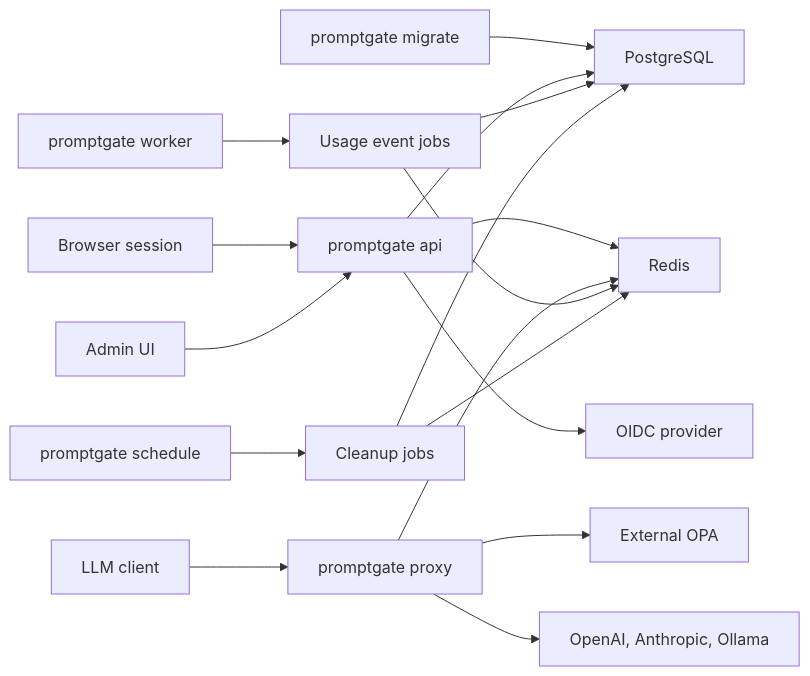
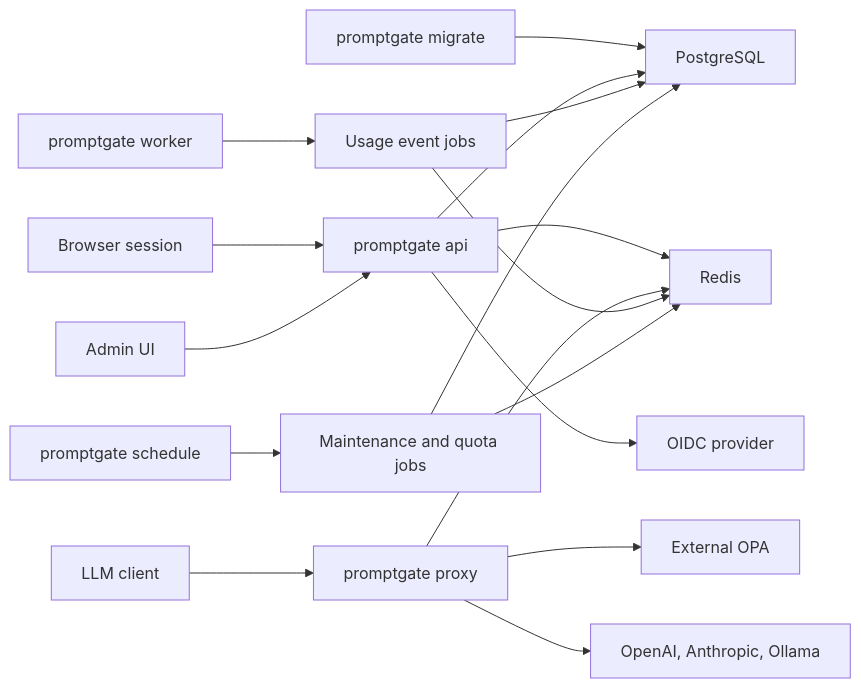
The first of 4 diagrams in docs/architecture.md (thomas-illiet/prompt-gate), drawn with Mermaid before and after one commit. The commit also changed other lines of this file and 28 other files, not shown here.

````diff
--- a/docs/architecture.md
+++ b/docs/architecture.md
@@ -9,22 +9,22 @@
 ```mermaid
 flowchart LR
     Browser["Browser session"] --> API["promptgate api"]
     Admin["Admin UI"] --> API
     Client["LLM client"] --> Proxy["promptgate proxy"]
     Worker["promptgate worker"] --> WorkerJobs["Usage event jobs"]
-    Schedule["promptgate schedule"] --> Jobs["Cleanup jobs"]
+    Schedule["promptgate schedule"] --> Jobs["Maintenance and quota jobs"]
     Migrate["promptgate migrate"] --> DB["PostgreSQL"]
 
     API --> DB
     WorkerJobs --> DB
     Jobs --> DB
 
     API --> Redis["Redis"]
     Proxy --> Redis
     Proxy --> OPA["External OPA"]
     WorkerJobs --> Redis
     Jobs --> Redis
 
     API --> OIDC["OIDC provider"]
     Proxy --> Providers["OpenAI, Anthropic, Ollama"]
 ```
````
